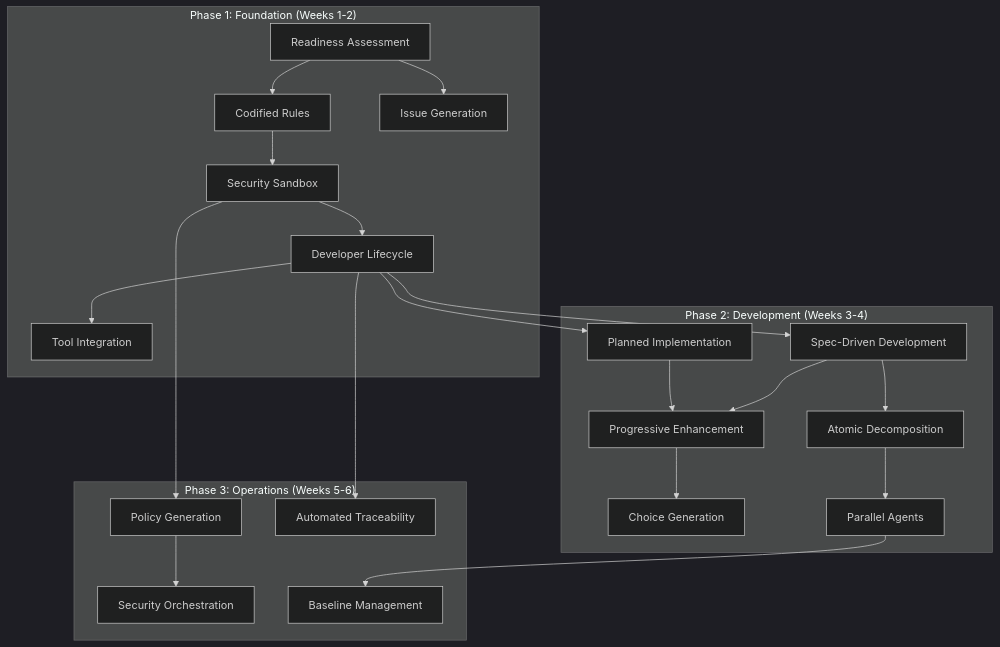
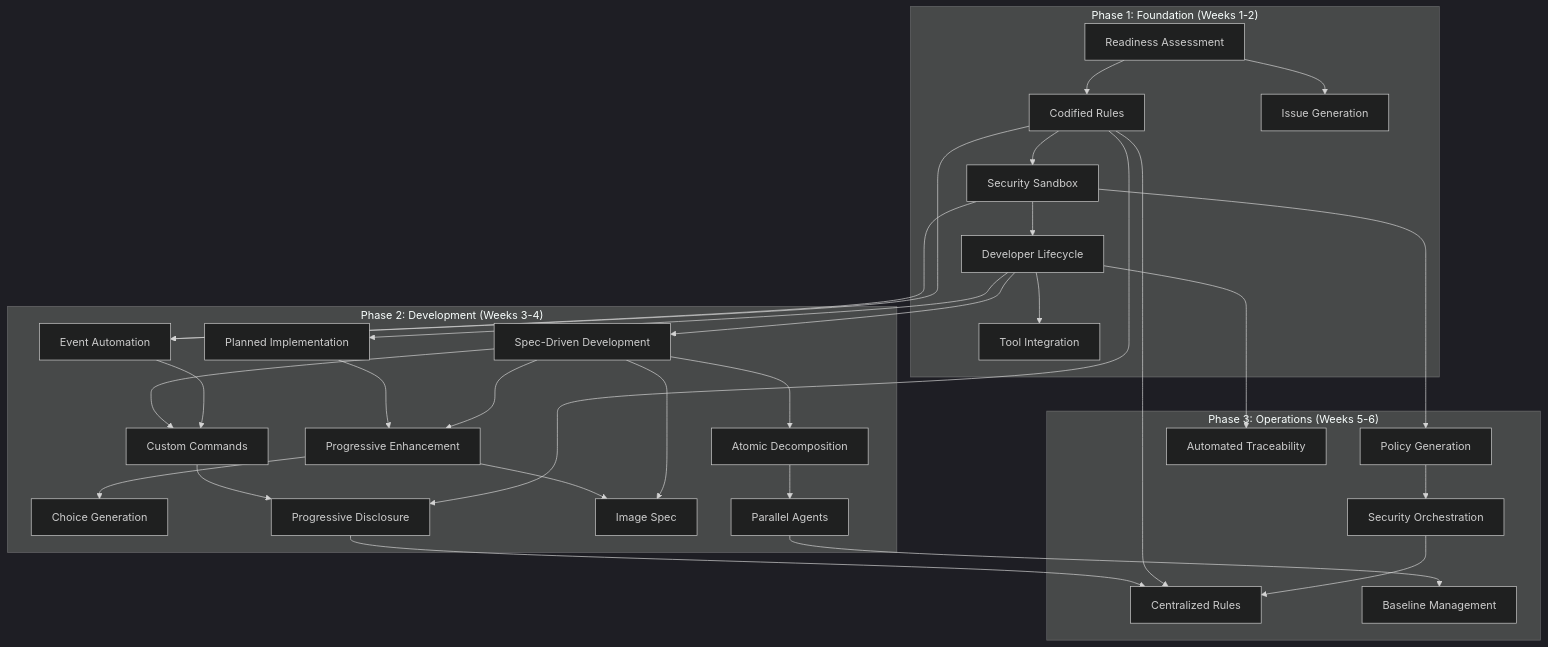
One commit to PaulDuvall/ai-development-patterns changed the second of 14 diagrams in README.md. Above: the diagram before and after it, drawn with Mermaid (dark theme). The commit also changed other lines of this file and 36 other files, not shown here.

````diff
--- a/README.md
+++ b/README.md
@@ -81,27 +81,43 @@
 ```mermaid
 graph TD
     subgraph "Phase 1: Foundation (Weeks 1-2)"
         A[Readiness Assessment] --> B[Codified Rules]
         B --> C[Security Sandbox]
         C --> D[Developer Lifecycle]
         A --> E[Issue Generation]
         D --> F[Tool Integration]
     end
 
     subgraph "Phase 2: Development (Weeks 3-4)"
         D --> G[Spec-Driven Development]
         D --> H[Planned Implementation]
         G --> I[Progressive Enhancement]
         H --> I
         I --> J[Choice Generation]
+        Q[Event Automation]
+        R[Custom Commands]
+        S[Progressive Disclosure]
+        U[Image Spec]
         G --> K[Atomic Decomposition]
         K --> L[Parallel Agents]
     end
 
     subgraph "Phase 3: Operations (Weeks 5-6)"
         C --> M[Policy Generation]
         M --> N[Security Orchestration]
+        N --> T[Centralized Rules]
         L --> O[Baseline Management]
         D --> P[Automated Traceability]
     end
+
+    B --> Q
+    C --> Q
+    Q --> R
+    G --> R
+    B --> S
+    R --> S
+    B --> T
+    S --> T
+    G --> U
+    I --> U
 ```
````
